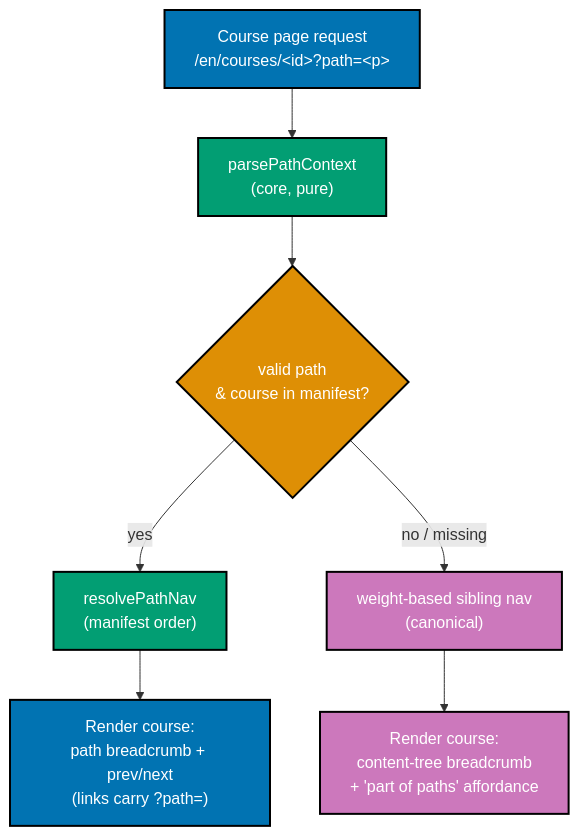
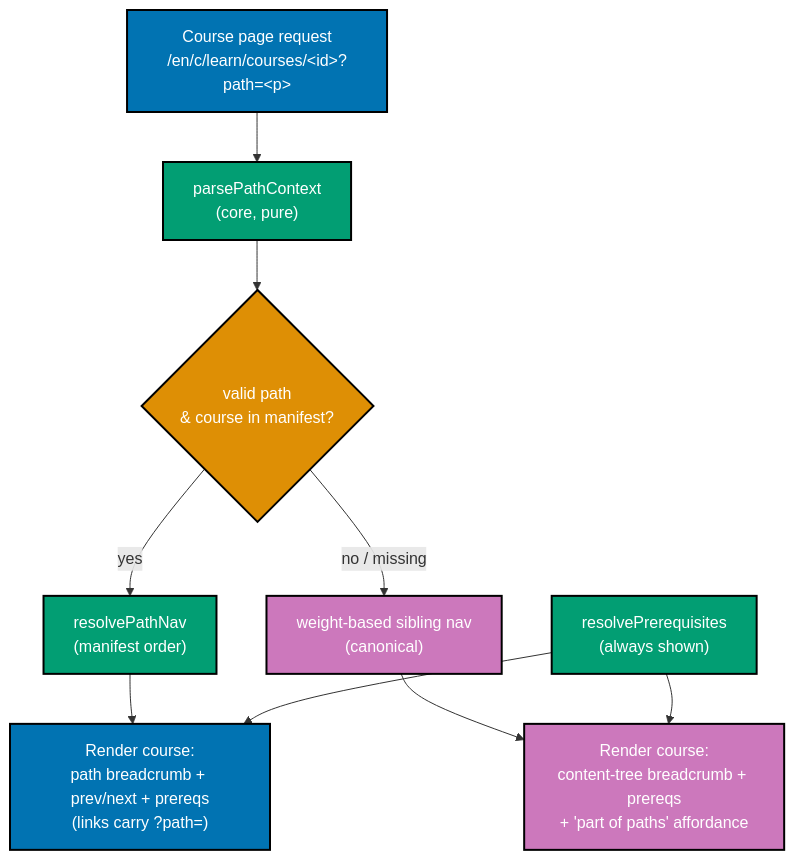
Before and after one commit to wahidyankf/baseerah: the second of 2 diagrams in plans/in-progress/fundamentally-strong-shared-course-tracks/tech-docs.md, drawn with Mermaid. The commit also changed other lines of this file and 129 other files, not shown here.

````diff
--- a/plans/in-progress/fundamentally-strong-shared-course-tracks/tech-docs.md
+++ b/plans/in-progress/fundamentally-strong-shared-course-tracks/tech-docs.md
@@ -211,20 +346,23 @@
 ```mermaid
 %% Color Palette: Blue #0173B2, Orange #DE8F05, Teal #029E73, Purple #CC78BC — WCAG-AA, CB-friendly.
 flowchart TD
-    REQ["Course page request<br/>/en/courses/&lt;id&gt;?path=&lt;p&gt;"]:::blue
+    REQ["Course page request<br/>/en/c/learn/courses/&lt;id&gt;?path=&lt;p&gt;"]:::blue
     CTX["parsePathContext<br/>(core, pure)"]:::teal
     VALID{"valid path<br/>&amp; course in manifest?"}:::orange
     NAVP["resolvePathNav<br/>(manifest order)"]:::teal
     NAVC["weight-based sibling nav<br/>(canonical)"]:::purple
-    RENDER["Render course:<br/>path breadcrumb + prev/next<br/>(links carry ?path=)"]:::blue
-    RENDERC["Render course:<br/>content-tree breadcrumb<br/>+ 'part of paths' affordance"]:::purple
+    PREQ["resolvePrerequisites<br/>(always shown)"]:::teal
+    RENDER["Render course:<br/>path breadcrumb + prev/next + prereqs<br/>(links carry ?path=)"]:::blue
+    RENDERC["Render course:<br/>content-tree breadcrumb + prereqs<br/>+ 'part of paths' affordance"]:::purple
 
     REQ --> CTX --> VALID
     VALID -->|yes| NAVP --> RENDER
     VALID -->|no / missing| NAVC --> RENDERC
+    PREQ --> RENDER
+    PREQ --> RENDERC
 
     classDef blue fill:#0173B2,stroke:#000,color:#fff,stroke-width:2px
     classDef teal fill:#029E73,stroke:#000,color:#fff,stroke-width:2px
     classDef orange fill:#DE8F05,stroke:#000,color:#fff,stroke-width:2px
     classDef purple fill:#CC78BC,stroke:#000,color:#fff,stroke-width:2px
 ```
````
